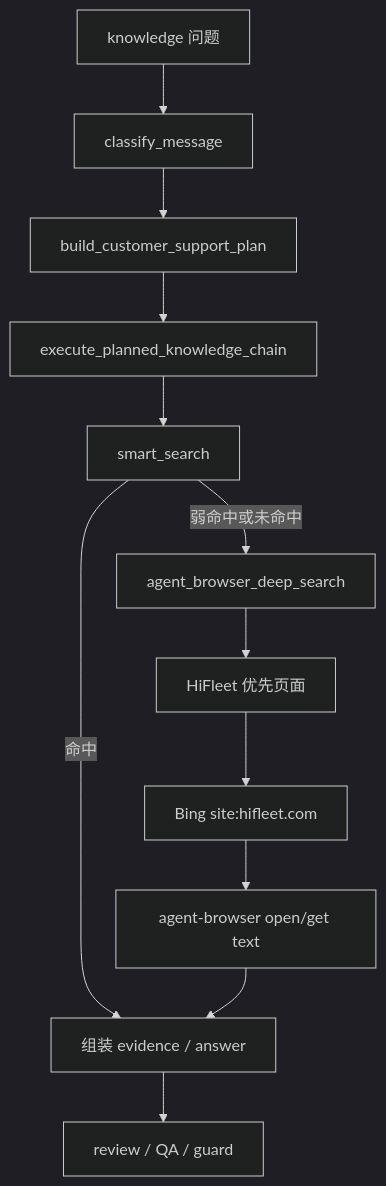
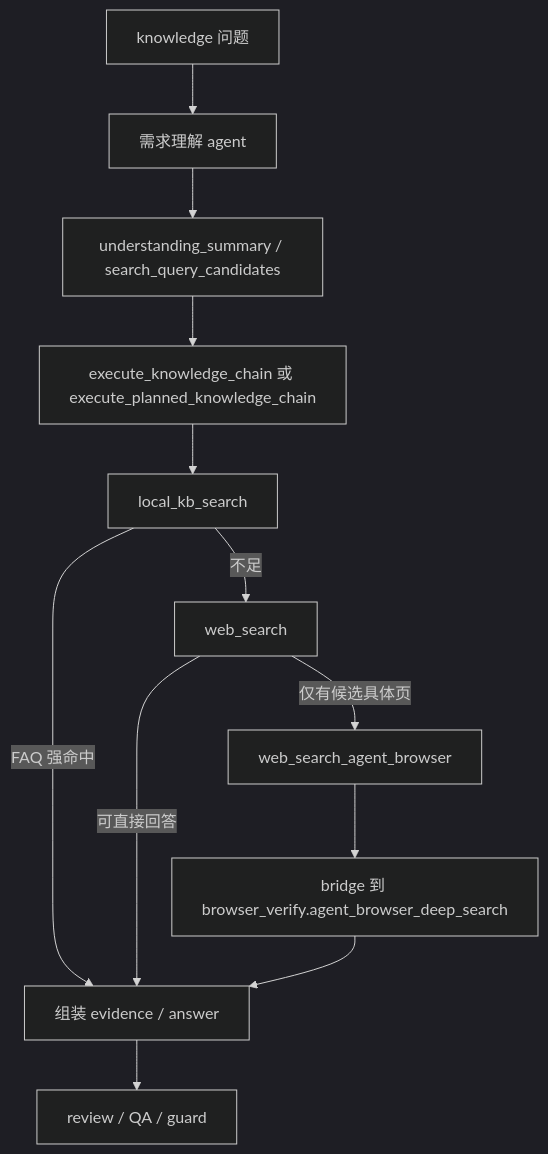
The fourth of 5 diagrams in docs/AGENT_TECHNICAL_DOCUMENTATION.md (lr12338/hifleet-agent), drawn with Mermaid (dark theme) before and after one commit. The commit also changed other lines of this file and 18 other files, not shown here.

Commit message:
Simplify hifleet agent workflows

````diff
--- a/docs/AGENT_TECHNICAL_DOCUMENTATION.md
+++ b/docs/AGENT_TECHNICAL_DOCUMENTATION.md
@@ -126,14 +149,14 @@
 ```mermaid
 flowchart TD
-    A[knowledge 问题] --> B[classify_message]
-    B --> C[build_customer_support_plan]
-    C --> D[execute_planned_knowledge_chain]
-    D --> E[smart_search]
-    E -->|命中| F[组装 evidence / answer]
-    E -->|弱命中或未命中| G[agent_browser_deep_search]
-    G --> H[HiFleet 优先页面]
-    H --> I[Bing site:hifleet.com]
-    I --> J[agent-browser open/get text]
-    J --> F
-    F --> K[review / QA / guard]
+    A[knowledge 问题] --> B[需求理解 agent]
+    B --> C["understanding_summary / search_query_candidates"]
+    C --> D[execute_knowledge_chain 或 execute_planned_knowledge_chain]
+    D --> E[local_kb_search]
+    E -->|FAQ 强命中| F[组装 evidence / answer]
+    E -->|不足| G[web_search]
+    G -->|可直接回答| F
+    G -->|仅有候选具体页| H[web_search_agent_browser]
+    H --> I[bridge 到 browser_verify.agent_browser_deep_search]
+    I --> F
+    F --> J[review / QA / guard]
 ```
````
